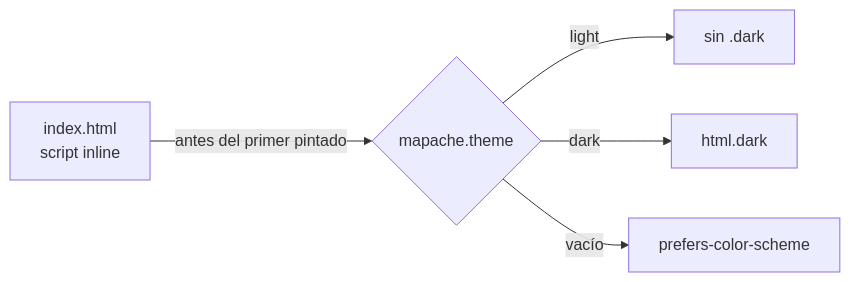
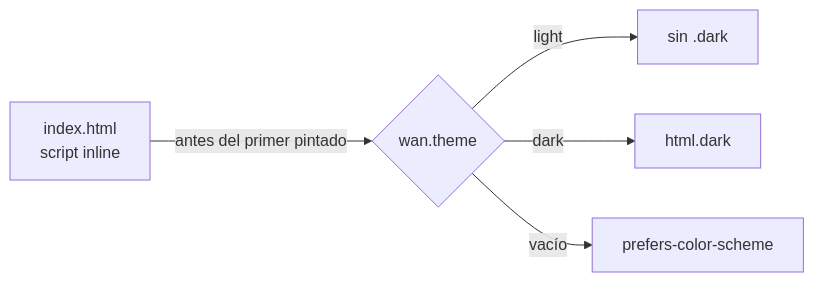
The diagram in docs/estilos.md (stevengazo/Wan-Web), drawn with Mermaid before and after one commit. The commit also changed other lines of this file and 34 other files, not shown here.

````diff
--- a/docs/estilos.md
+++ b/docs/estilos.md
@@ -49,7 +49,7 @@
 ```mermaid
 flowchart LR
-    I["index.html<br/>script inline"] -- "antes del primer pintado" --> C{"mapache.theme"}
+    I["index.html<br/>script inline"] -- "antes del primer pintado" --> C{"wan.theme"}
     C -- "light" --> L["sin .dark"]
     C -- "dark" --> D["html.dark"]
     C -- "vacío" --> S["prefers-color-scheme"]
 ```
````
